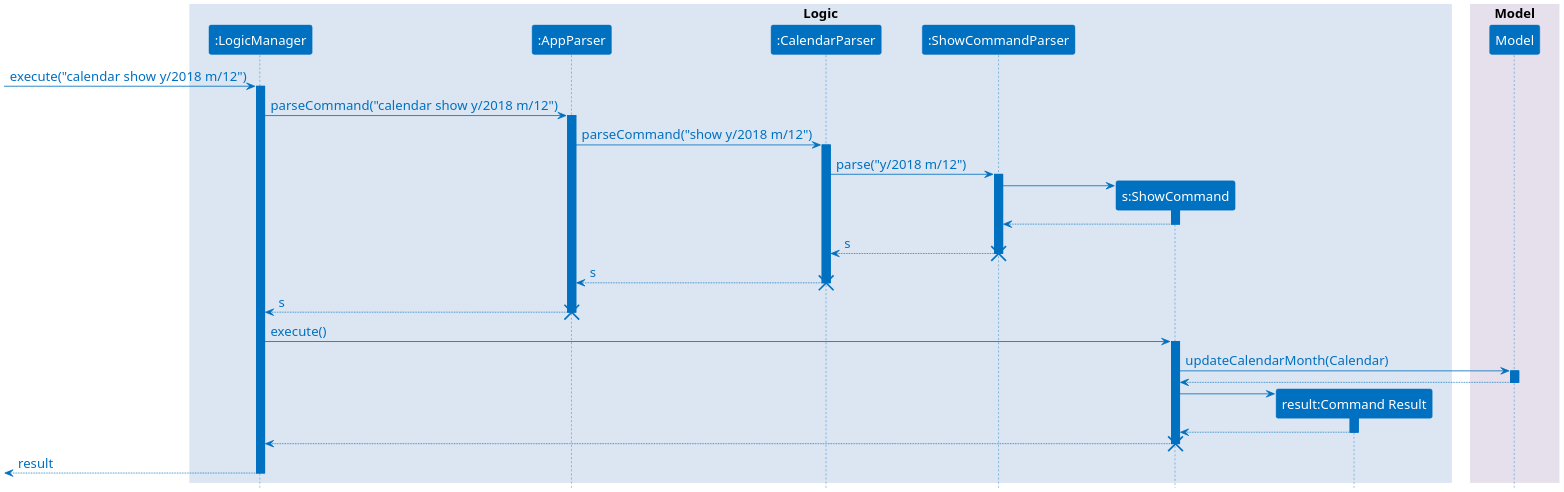
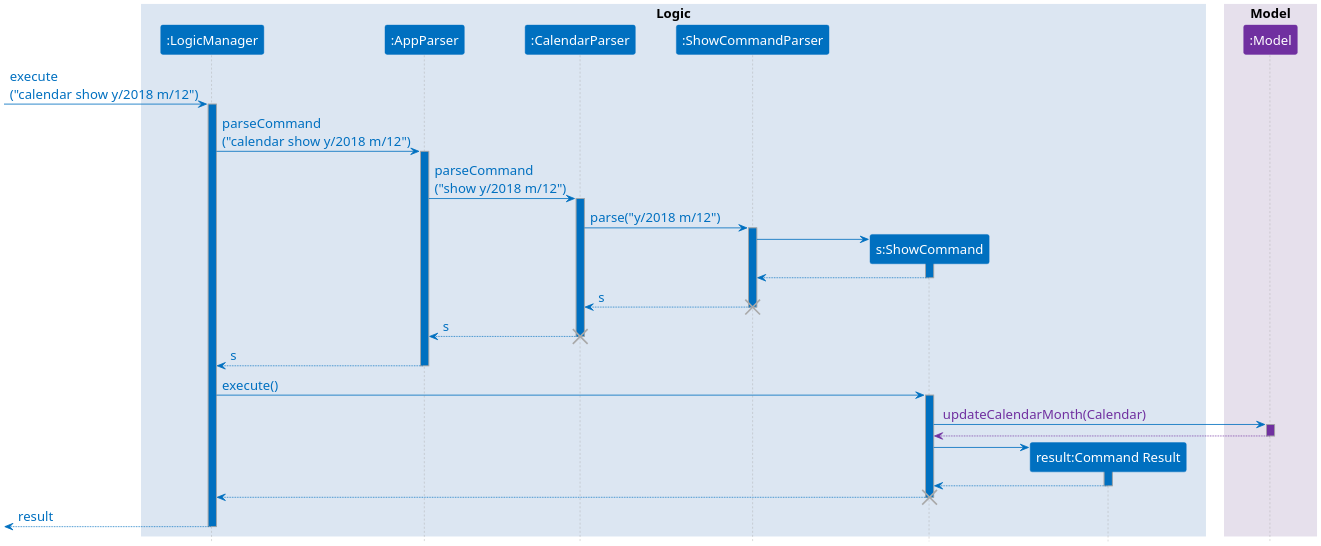
Before and after one commit to CS2103-AY1819S1-T09-1/main: the diagram in docs/plantuml/CalendarShowCommandSequence.puml, drawn with PlantUML. The commit also changed 3 other files, not shown here.

Commit message:
Colorise diagram

```diff
--- a/docs/plantuml/CalendarShowCommandSequence.puml
+++ b/docs/plantuml/CalendarShowCommandSequence.puml
@@ -1,65 +1,82 @@
 @startuml CalendarShowCommandSequence
 
 scale 2
 skinparam defaultFontName Calibri
 skinparam defaultFontSize 16
-' skinparam minClassWidth 100
 skinparam BoxPadding 10
 skinparam ParticipantPadding 20
 skinparam shadowing false
+hide stereotype
 
 skinparam sequence {
     BoxBorderColor transparent
     BoxFontSize 20
 
-    ParticipantBorderColor #0070C0
-    ParticipantBackgroundColor #0070C0
+    ParticipantBorderColor<<ui>> #00B050
+    ParticipantBackgroundColor<<ui>> #00B050
+
+    ParticipantBorderColor<<logic>> #0070C0
+    ParticipantBackgroundColor<<logic>> #0070C0
+
+    ParticipantBorderColor<<model>> #7030A0
+    ParticipantBackgroundColor<<model>> #7030A0
+
+    LifeLineBorderColor DarkGrey
+    LifeLineBackgroundColor #0070C0
     ParticipantFontColor #FFFFFF
-
-    LifeLineBorderColor #0070C0
-    LifeLineBackgroundColor #0070C0
 
     ArrowColor #0070C0
     ArrowBorderColor #0070C0
     ArrowFontColor #0070C0
 }
 
 box "Logic" #DCE6F2
-    participant logicManager as ":LogicManager"
-    participant appParser as ":AppParser"
-    participant calendarParser as ":CalendarParser"
-    participant showCommandParser as ":ShowCommandParser"
-    participant showCommand as "s:ShowCommand"
-    participant result as "result:Command Result"
+    participant logicManager as ":LogicManager" <<logic>>
+    participant appParser as ":AppParser" <<logic>>
+    participant calendarParser as ":CalendarParser" <<logic>>
+    participant showCommandParser as ":ShowCommandParser" <<logic>>
+    participant showCommand as "s:ShowCommand" <<logic>>
+    participant result as "result:Command Result" <<logic>>
 end box
 box "Model" #E6E0EC
-    participant model as "Model"
+    participant model as ":Model" <<model>>
 end box
 
-autoactivate on
+' autoactivate on
 hide footbox
-
-[-> logicManager: execute("calendar show y/2018 m/12")
-logicManager -> appParser: parseCommand("calendar show y/2018 m/12")
-appParser -> calendarParser: parseCommand("show y/2018 m/12")
+[-> logicManager: execute\n("calendar show y/2018 m/12")
+activate logicManager
+logicManager -> appParser: parseCommand\n("calendar show y/2018 m/12")
+activate appParser
+appParser -> calendarParser: parseCommand\n("show y/2018 m/12")
+activate calendarParser
 calendarParser -> showCommandParser: parse("y/2018 m/12")
+activate showCommandParser
 create showCommand
 showCommandParser -> showCommand
+activate showCommand
 showCommand --> showCommandParser
+deactivate showCommand
 showCommandParser --> calendarParser: s
 destroy showCommandParser
 calendarParser --> appParser: s
 destroy calendarParser
 appParser --> logicManager: s
-destroy appParser
+deactivate appParser
 logicManager -> showCommand: execute()
-showCommand -> model: updateCalendarMonth(Calendar)
-model --> showCommand
+activate showCommand
+showCommand -> model : <color:#7030A0> updateCalendarMonth(Calendar)
+activate model #7030A0
+model --[#7030A0]> showCommand
+deactivate model
 create result
 showCommand -> result
+activate result
 result --> showCommand
+deactivate result
 showCommand --> logicManager
 destroy showCommand
 logicManager -->[ : result
+deactivate logicManager
 
 @enduml
```
